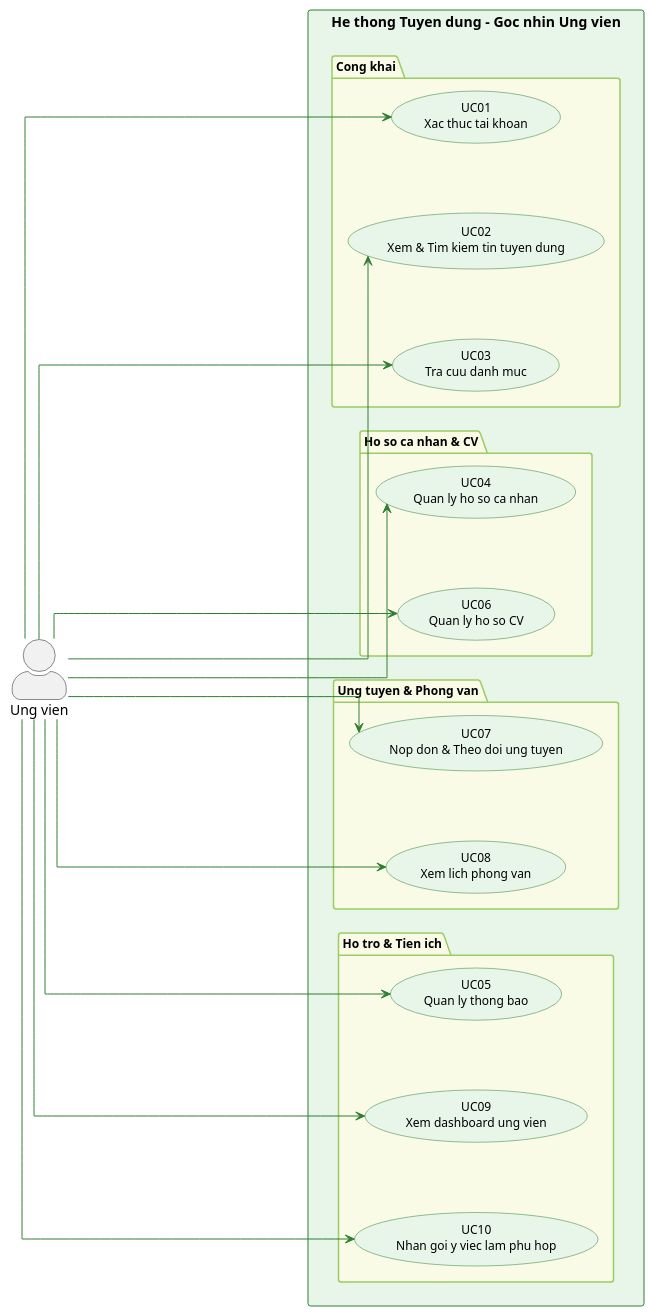
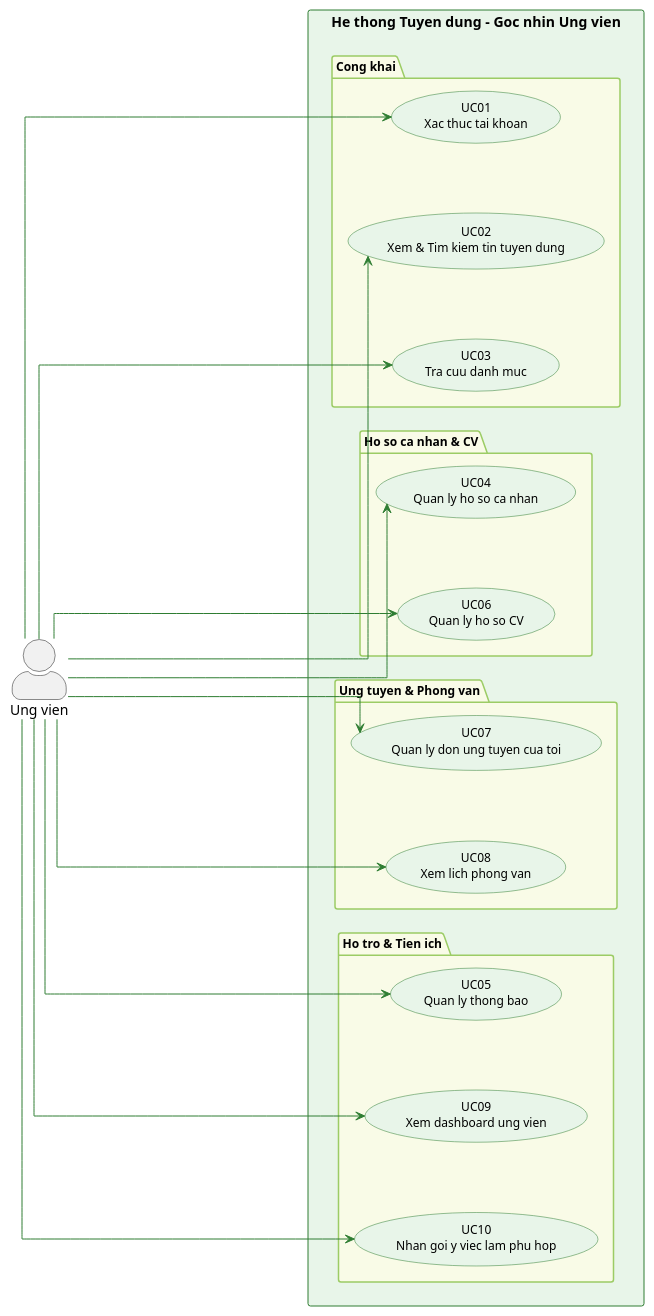
One commit to Ancuyou/Recruitment-Center-Website changed the diagram in uml/UseCase/UngVienUseCase.puml. Above: the diagram before and after it, drawn with PlantUML. The commit also changed 5 other files, not shown here.

```diff
--- a/uml/UseCase/UngVienUseCase.puml
+++ b/uml/UseCase/UngVienUseCase.puml
@@ -1,65 +1,65 @@
 @startuml UC01_UngVien
 left to right direction
 skinparam actorStyle awesome
 skinparam defaultFontName Arial
 skinparam nodesep 70
 skinparam ranksep 280
 skinparam linetype ortho
 
 skinparam usecase {
   BackgroundColor #E8F5E9
   BorderColor #2E7D32
   FontSize 12
 }
 skinparam package {
   BackgroundColor #F9FBE7
   BorderColor #9CCC65
   FontSize 12
   FontStyle bold
   Padding 18
 }
 skinparam rectangle {
   BackgroundColor #E8F5E9
   BorderColor #2E7D32
   FontSize 14
   FontStyle bold
 }
 
 actor "Ung vien" as UV
 
 rectangle "He thong Tuyen dung - Goc nhin Ung vien" {
 
   package "Cong khai" {
     usecase "UC01\nXac thuc tai khoan"            as UC01
     usecase "UC02\nXem & Tim kiem tin tuyen dung" as UC02
     usecase "UC03\nTra cuu danh muc"              as UC03
   }
 
   package "Ho so ca nhan & CV" {
     usecase "UC04\nQuan ly ho so ca nhan"         as UC04
     usecase "UC06\nQuan ly ho so CV"              as UC06
   }
 
   package "Ung tuyen & Phong van" {
-    usecase "UC07\nNop don & Theo doi ung tuyen"  as UC07
+    usecase "UC07\nQuan ly don ung tuyen cua toi" as UC07
     usecase "UC08\nXem lich phong van"            as UC08
   }
 
   package "Ho tro & Tien ich" {
     usecase "UC05\nQuan ly thong bao"             as UC05
     usecase "UC09\nXem dashboard ung vien"        as UC09
     usecase "UC10\nNhan goi y viec lam phu hop"   as UC10
   }
 }
 
 UV -[#2E7D32]-> UC01
 UV -[#2E7D32]-> UC02
 UV -[#2E7D32]-> UC03
 UV -[#2E7D32]-> UC04
 UV -[#2E7D32]-> UC05
 UV -[#2E7D32]-> UC06
 UV -[#2E7D32]-> UC07
 UV -[#2E7D32]-> UC08
 UV -[#2E7D32]-> UC09
 UV -[#2E7D32]-> UC10
 @enduml
```
